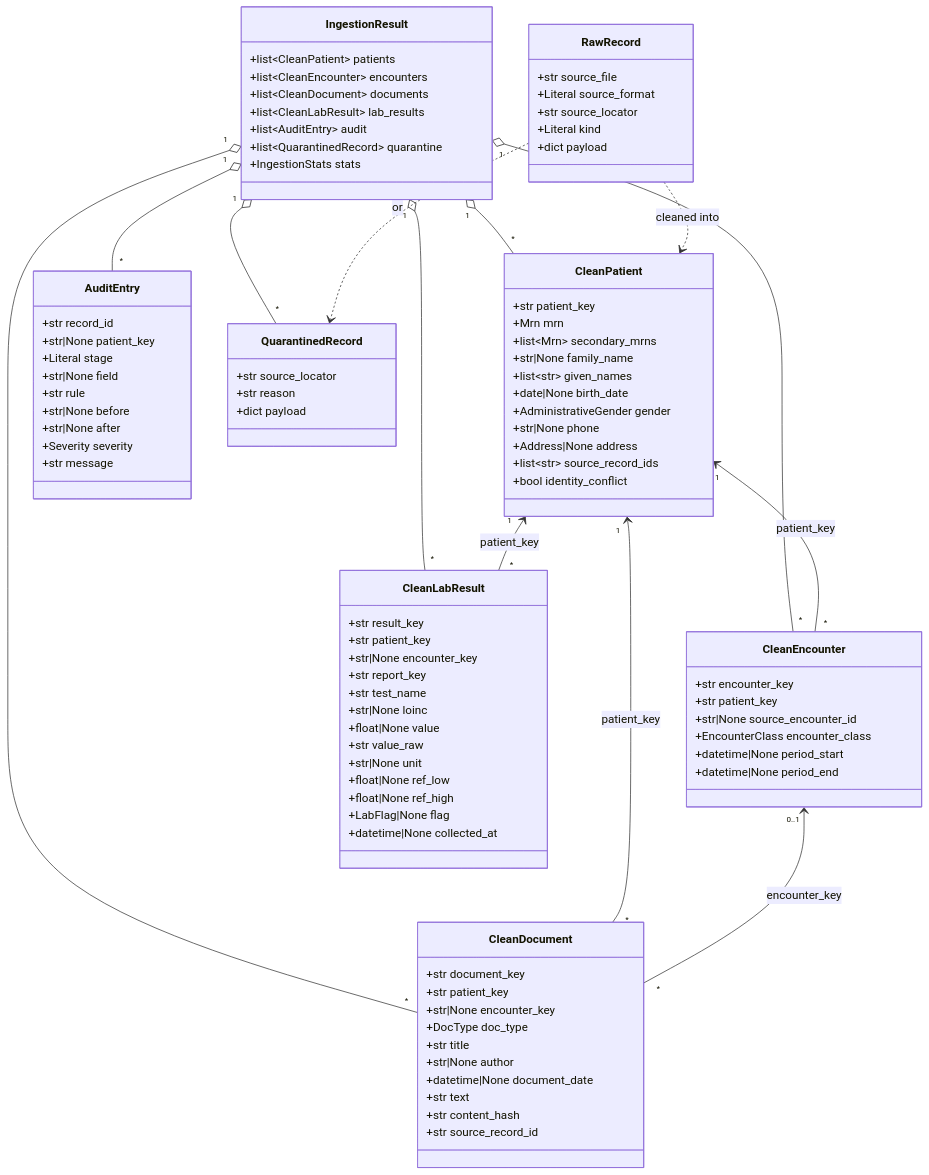
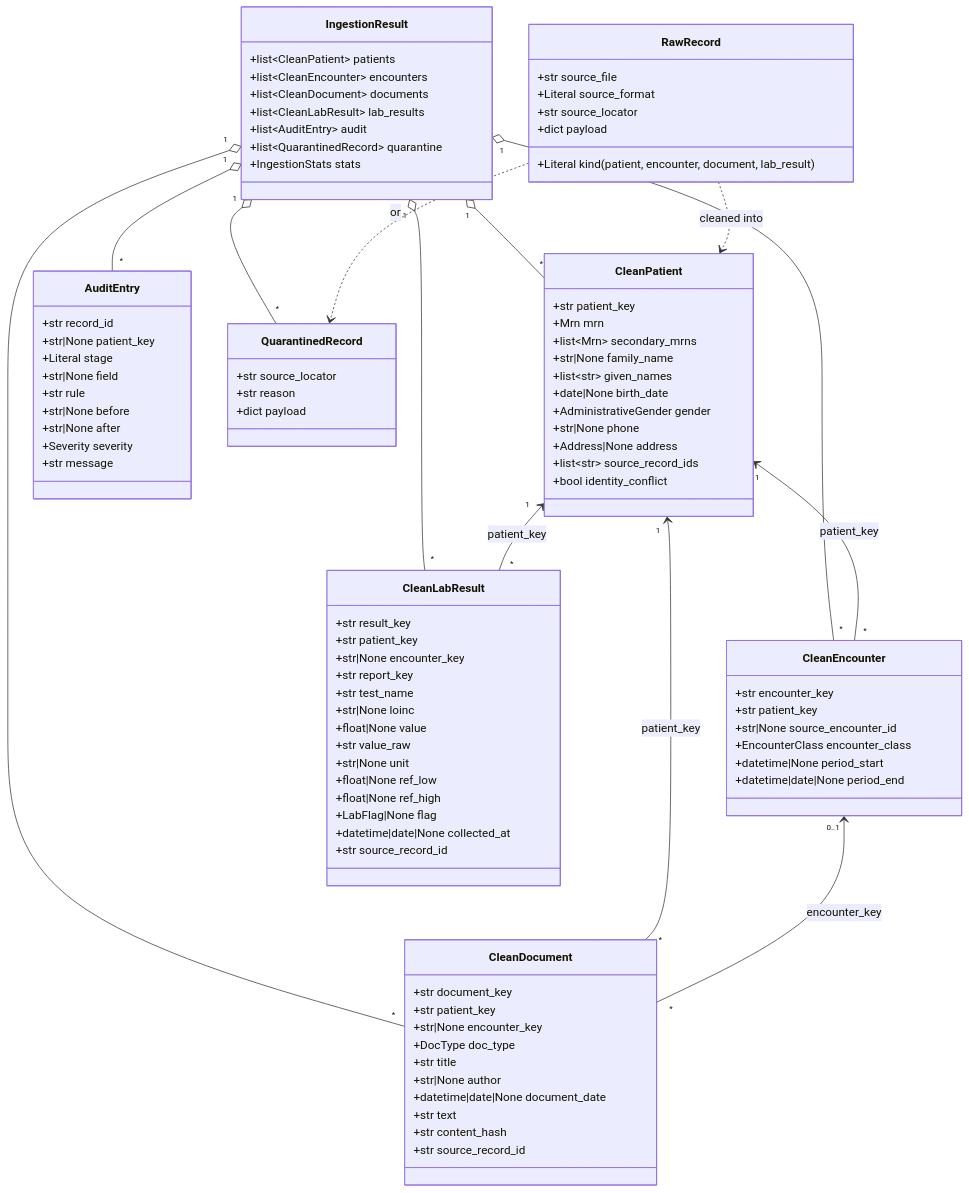
The second of 5 diagrams in docs/03-DATA-MODEL.md (RasAbrish/ehr-media-intelligence), drawn with Mermaid before and after one commit. The commit also changed other lines of this file and 15 other files, not shown here.

```diff
--- a/docs/03-DATA-MODEL.md
+++ b/docs/03-DATA-MODEL.md
@@ -88,7 +88,7 @@
         +str source_file
         +Literal source_format
         +str source_locator
-        +Literal kind
+        +Literal kind (patient, encounter, document, lab_result)
         +dict payload
     }
     class CleanPatient {
@@ -110,7 +110,7 @@
         +str|None source_encounter_id
         +EncounterClass encounter_class
         +datetime|None period_start
-        +datetime|None period_end
+        +datetime|date|None period_end
     }
     class CleanDocument {
         +str document_key
@@ -119,7 +119,7 @@
         +DocType doc_type
         +str title
         +str|None author
-        +datetime|None document_date
+        +datetime|date|None document_date
         +str text
         +str content_hash
         +str source_record_id
@@ -137,7 +137,8 @@
         +float|None ref_low
         +float|None ref_high
         +LabFlag|None flag
-        +datetime|None collected_at
+        +datetime|date|None collected_at
+        +str source_record_id
     }
     class AuditEntry {
         +str record_id
```
